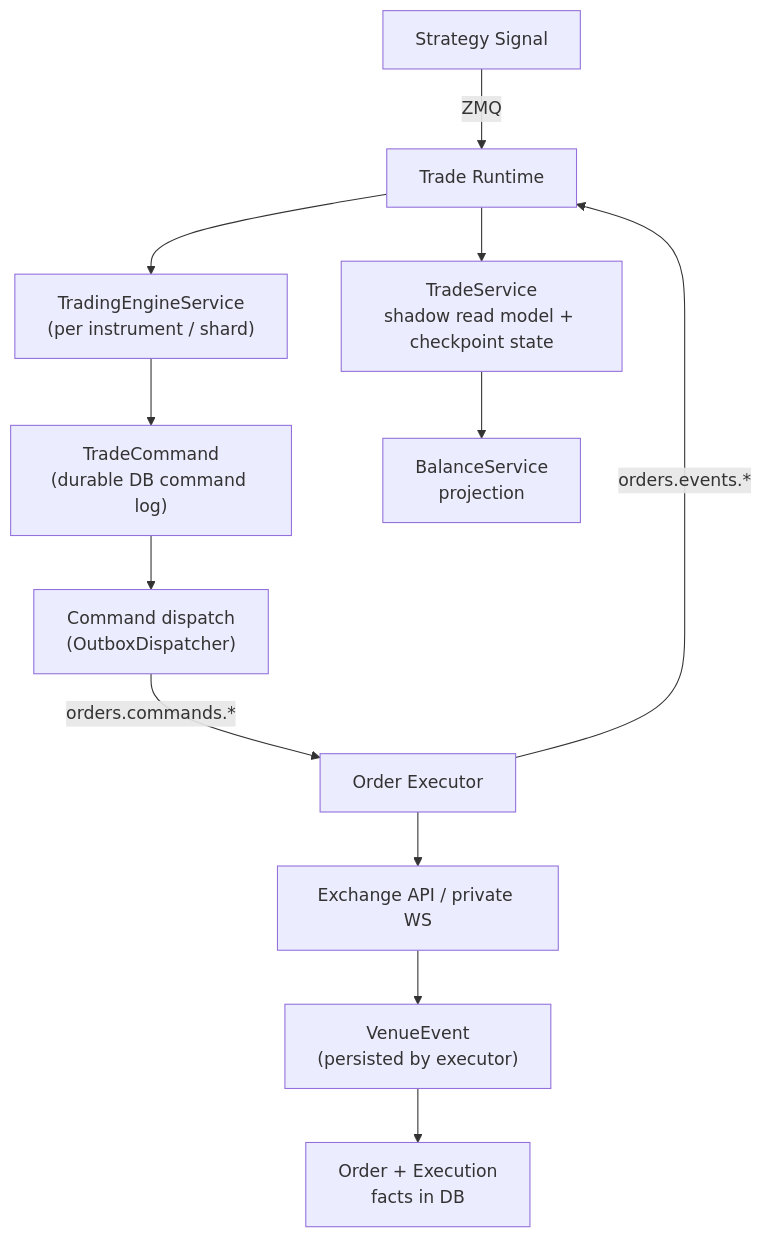
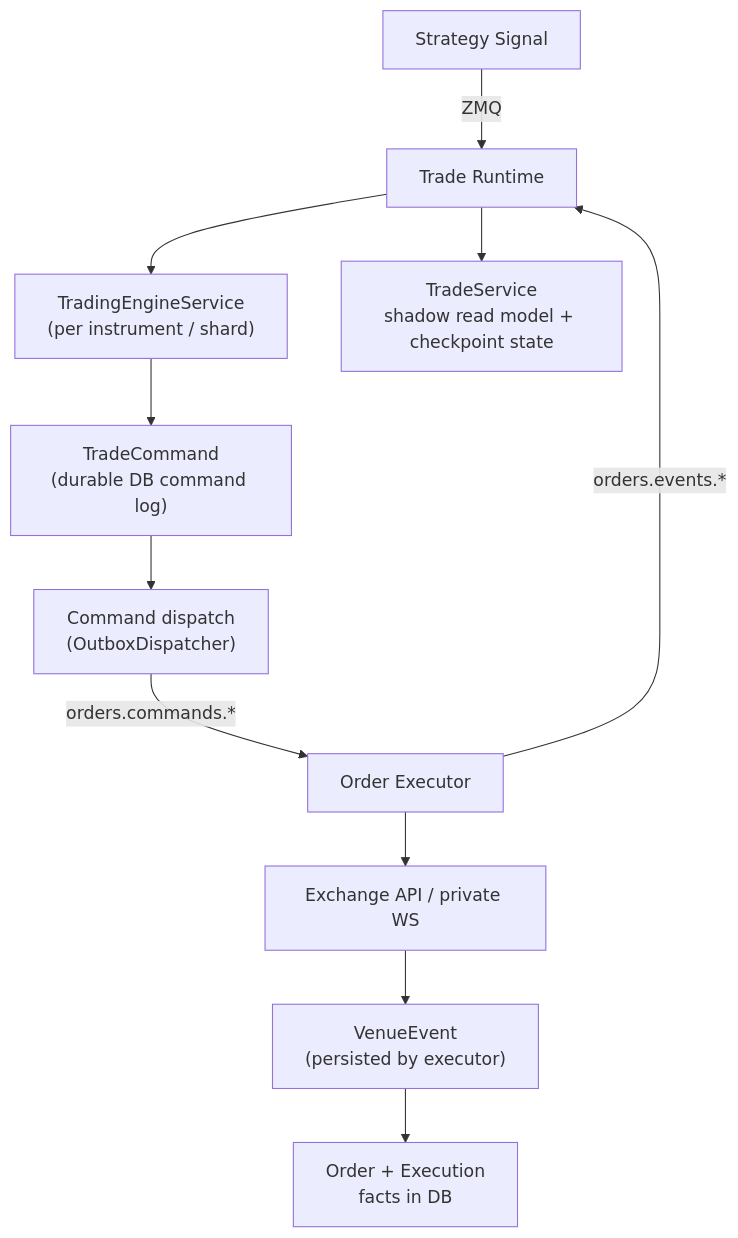
Before and after one commit to mateusz-klatt/snapper: the fourth of 5 diagrams in docs/architecture.md, drawn with Mermaid. The commit also changed other lines of this file and 2 other files, not shown here.

First line of the commit message:
docs: stop describing a balance projection that no longer exists

````diff
--- a/docs/architecture.md
+++ b/docs/architecture.md
@@ -777,14 +777,13 @@
 ```mermaid
 flowchart TB
     Signal["Strategy Signal"] -->|ZMQ| Runtime["Trade Runtime"]
     Runtime --> Engine["TradingEngineService\n(per instrument / shard)"]
     Engine --> Command["TradeCommand\n(durable DB command log)"]
     Command --> Dispatch["Command dispatch\n(OutboxDispatcher)"]
     Dispatch -->|orders.commands.*| Executor["Order Executor"]
     Executor --> Exchange["Exchange API / private WS"]
     Exchange --> VenueEvent["VenueEvent\n(persisted by executor)"]
     VenueEvent --> Facts["Order + Execution\nfacts in DB"]
     Executor -->|orders.events.*| Runtime
     Runtime --> Trade["TradeService\nshadow read model + checkpoint state"]
-    Trade --> Balance["BalanceService\nprojection"]
 ```
````
